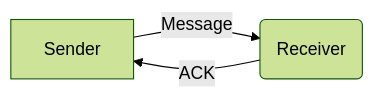
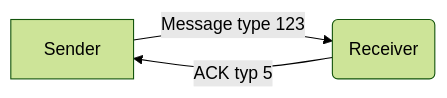
The first of 3 diagrams in devices/api/messages/5-ack.md (lightbug-io/docs), drawn with Mermaid (forest theme) before and after one commit. The commit also changed other lines of this file and 75 other files, not shown here.

````diff
--- a/devices/api/messages/5-ack.md
+++ b/devices/api/messages/5-ack.md
@@ -22,5 +50,5 @@
 ```mermaid
 flowchart LR
-    A[Sender] -->|Message| B(Receiver)
-    B -->|ACK| A
+    A[Sender] -->|Message type 123| B(Receiver)
+    B -->|ACK typ 5| A
 ```
````
